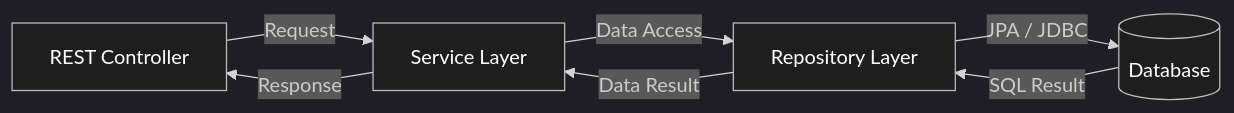
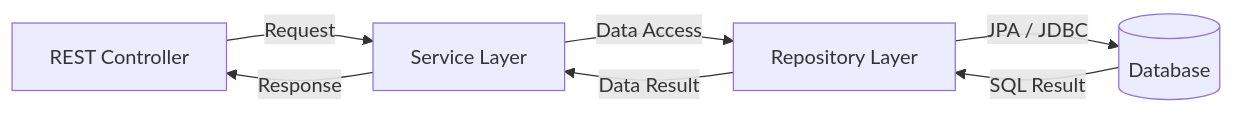
Before and after one commit to codeurjc-students/2026-MusicFever: the second of 3 diagrams in docs/development_guide.md, drawn with Mermaid. The commit also changed other lines of this file, not shown here.

Commit message:
docs: improve mermaid charts

````diff
--- a/docs/development_guide.md
+++ b/docs/development_guide.md
@@ -112,30 +98,16 @@
 ```mermaid
-%%{init: {
-  "theme": "dark",
-  "flowchart": {
-    "curve": "linear",
-    "nodeSpacing": 40,
-    "rankSpacing": 50
-  }
-}}%%
-
 flowchart LR
     C[REST Controller]
     S[Service Layer]
     R[Repository Layer]
     DB[(Database)]
 
     C -->|Request| S
     S -->|Response| C
 
     S -->|Data Access| R
     R -->|Data Result| S
 
     R -->|JPA / JDBC| DB
     DB -->|SQL Result| R
-
-    style C fill:#1e1e1e,stroke:#bfbfbf,color:#ffffff
-    style S fill:#1e1e1e,stroke:#bfbfbf,color:#ffffff
-    style R fill:#1e1e1e,stroke:#bfbfbf,color:#ffffff
-    style DB fill:#1e1e1e,stroke:#bfbfbf,color:#ffffff
 ```
````
